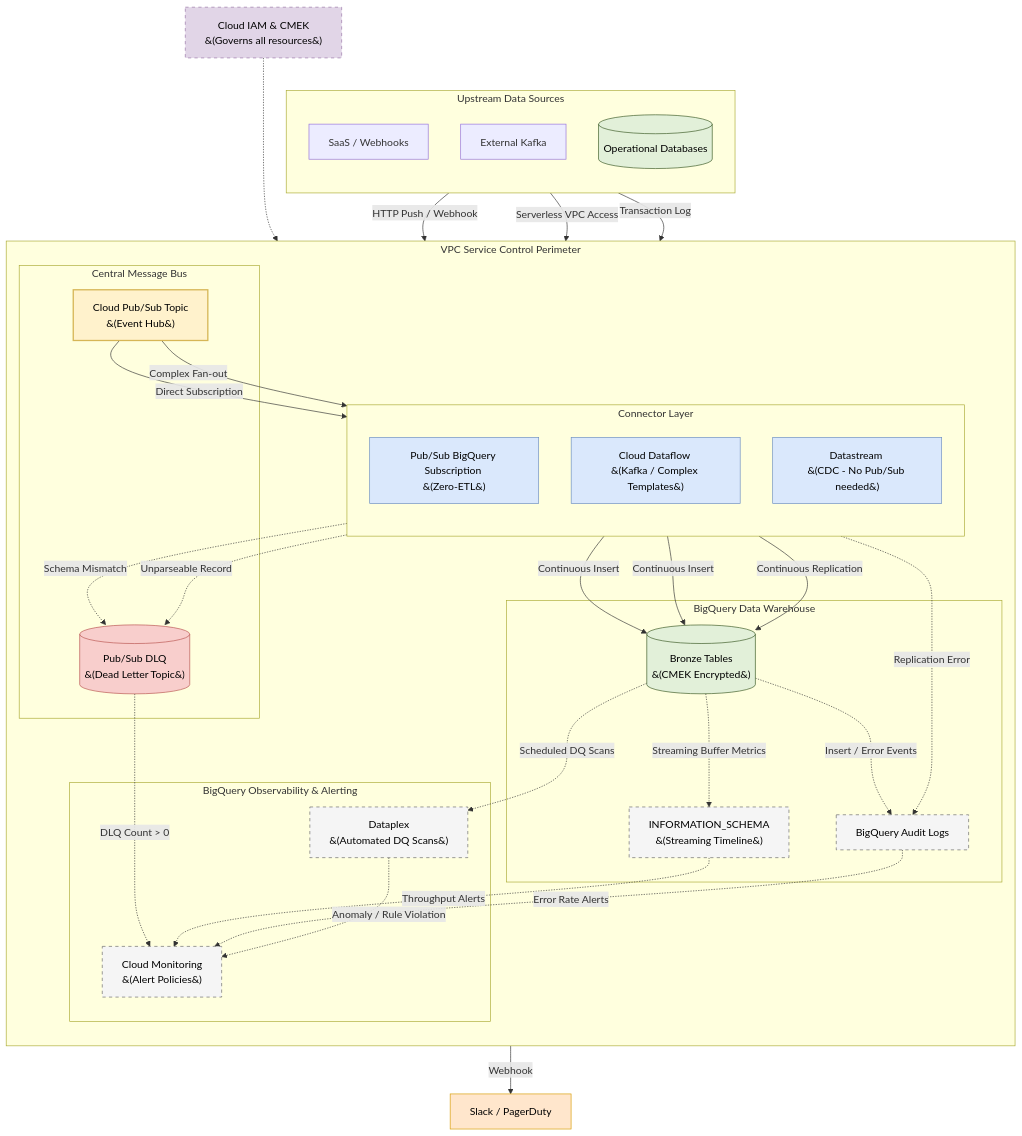
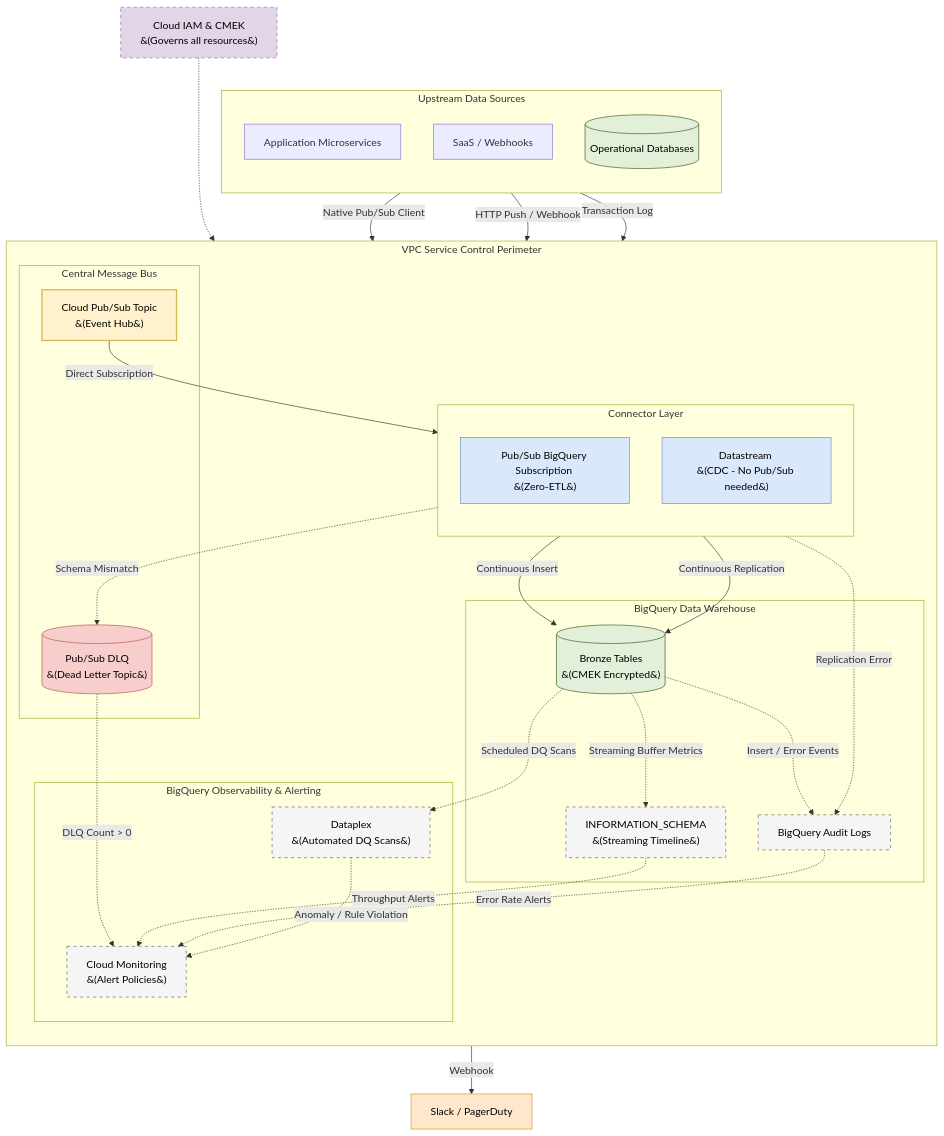
Before and after one commit to toanbui626391/data_architect: the diagram in gcp/realtime_ingestion_architecture.md, drawn with Mermaid. The commit also changed other lines of this file, not shown here.

```diff
--- a/gcp/realtime_ingestion_architecture.md
+++ b/gcp/realtime_ingestion_architecture.md
@@ -21,8 +21,8 @@
 flowchart TD
     subgraph Sources [Upstream Data Sources]
         direction TB
+        App[Application Microservices]
         SaaS[SaaS / Webhooks]
-        Kafka[External Kafka]
         DB[(Operational Databases)]
     end
 
@@ -37,7 +37,6 @@
         subgraph GCP_Connectors [Connector Layer]
             direction TB
             PubSubSub[Pub/Sub BigQuery Subscription <br>&#40;Zero-ETL&#41;]
-            Dataflow[Cloud Dataflow <br>&#40;Kafka / Complex Templates&#41;]
             Datastream[Datastream <br>&#40;CDC - No Pub/Sub needed&#41;]
         end
 
@@ -57,20 +56,17 @@
     IAMNote[Cloud IAM & CMEK <br>&#40;Governs all resources&#41;]
 
     %% All event sources publish to Pub/Sub first
+    App -->|Native Pub/Sub Client| PubSubTopic
     SaaS -->|HTTP Push / Webhook| PubSubTopic
-    Kafka -->|Serverless VPC Access| PubSubTopic
     DB -->|Transaction Log| Datastream
 
     %% Connectors route messages to Bronze
     PubSubTopic -->|Direct Subscription| PubSubSub
-    PubSubTopic -->|Complex Fan-out| Dataflow
     PubSubSub -->|Continuous Insert| Bronze
-    Dataflow -->|Continuous Insert| Bronze
     Datastream -->|Continuous Replication| Bronze
 
     %% Dead Lettering
     PubSubSub -.->|Schema Mismatch| DLQ
-    Dataflow -.->|Unparseable Record| DLQ
     Datastream -.->|Replication Error| AuditLog
     DLQ -.->|DLQ Count > 0| CloudMonitoring
 
@@ -100,7 +96,7 @@
     classDef bus fill:#fff2cc,stroke:#d6b656,stroke-width:2px,color:#000;
 
     class Bronze,DB storage;
-    class PubSubSub,Dataflow,Datastream process;
+    class PubSubSub,Datastream process;
     class PubSubTopic bus;
     class DLQ bad;
     class InfoSchema,AuditLog,CloudMonitoring,Dataplex monitor;
```
